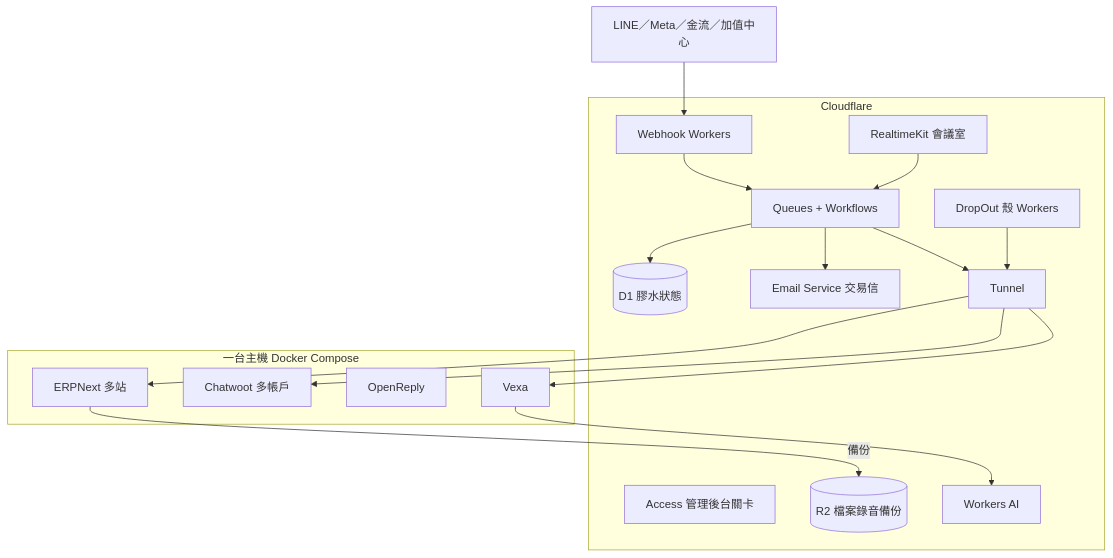
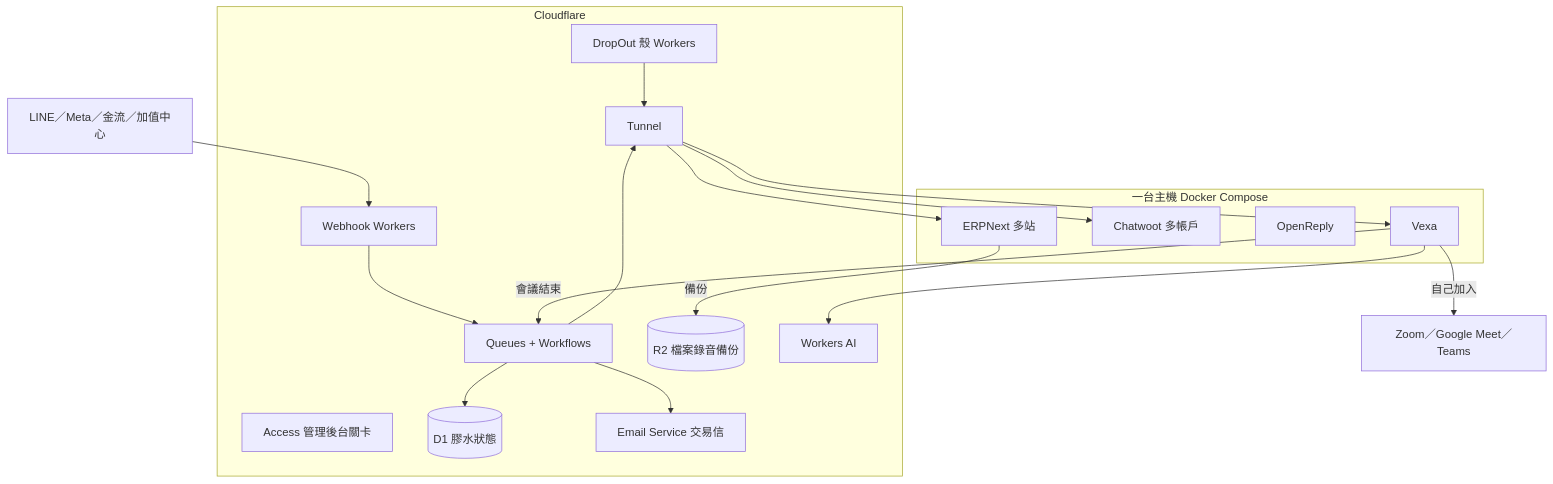
One commit to dropout-tech/EveryThingOS changed the third of 3 diagrams in docs/PLATFORM-INTEGRATION.md. Above: the diagram before and after it, drawn with Mermaid. The commit also changed other lines of this file and 1 other file, not shown here.

Commit message:
Make the meeting bot join Zoom and Meet on its own from the calendar.

````diff
--- a/docs/PLATFORM-INTEGRATION.md
+++ b/docs/PLATFORM-INTEGRATION.md
@@ -183,33 +201,33 @@
 ```mermaid
 flowchart TB
   subgraph cf [Cloudflare]
     Shell[DropOut 殼 Workers]
     Access[Access 管理後台關卡]
     Hooks[Webhook Workers]
     Q[Queues + Workflows]
     D1[(D1 膠水狀態)]
     R2[(R2 檔案錄音備份)]
     Mail[Email Service 交易信]
     AI[Workers AI]
-    RK[RealtimeKit 會議室]
     Tunnel[Tunnel]
   end
   subgraph host [一台主機 Docker Compose]
     ERP[ERPNext 多站]
     CW[Chatwoot 多帳戶]
     OR[OpenReply]
     VX[Vexa]
   end
   Ext[LINE／Meta／金流／加值中心] --> Hooks
   Hooks --> Q
   Q --> D1
   Q --> Tunnel
   Shell --> Tunnel
   Tunnel --> ERP
   Tunnel --> CW
   Tunnel --> VX
   VX --> AI
-  RK --> Q
+  VX -->|自己加入| Meet[Zoom／Google Meet／Teams]
+  VX -->|會議結束| Q
   ERP -->|備份| R2
   Q --> Mail
 ```
````
